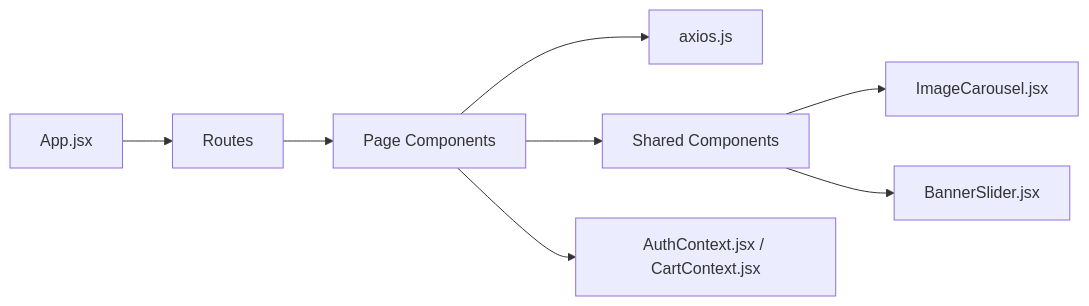
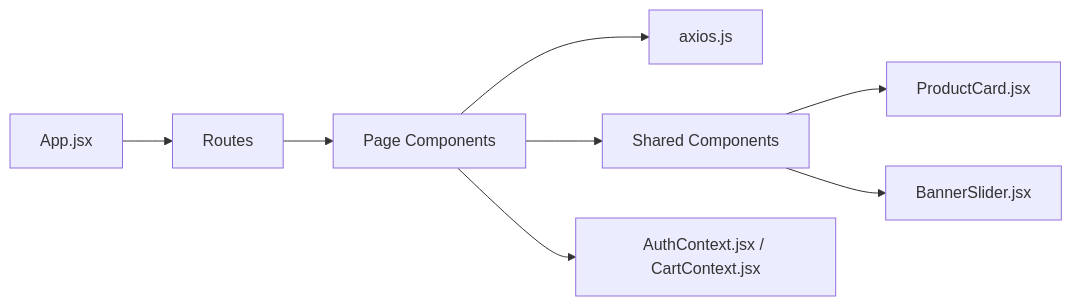
One commit to Pavan-PSPK9032/TrendsandToss changed the tenth of 10 diagrams in .qoder/repowiki/en/content/Frontend Components & UI/Page Components.md. Above: the diagram before and after it, drawn with Mermaid. The commit also changed other lines of this file and 10 other files, not shown here.

````diff
--- a/.qoder/repowiki/en/content/Frontend Components & UI/Page Components.md
+++ b/.qoder/repowiki/en/content/Frontend Components & UI/Page Components.md
@@ -442,10 +459,10 @@
 ```mermaid
 graph LR
 App["App.jsx"] --> Routes["Routes"]
 Routes --> Pages["Page Components"]
 Pages --> Axios["axios.js"]
 Pages --> Shared["Shared Components"]
-Shared --> ImageCarousel["ImageCarousel.jsx"]
+Shared --> ProductCard["ProductCard.jsx"]
 Shared --> BannerSlider["BannerSlider.jsx"]
 Pages --> Contexts["AuthContext.jsx / CartContext.jsx"]
 ```
````
